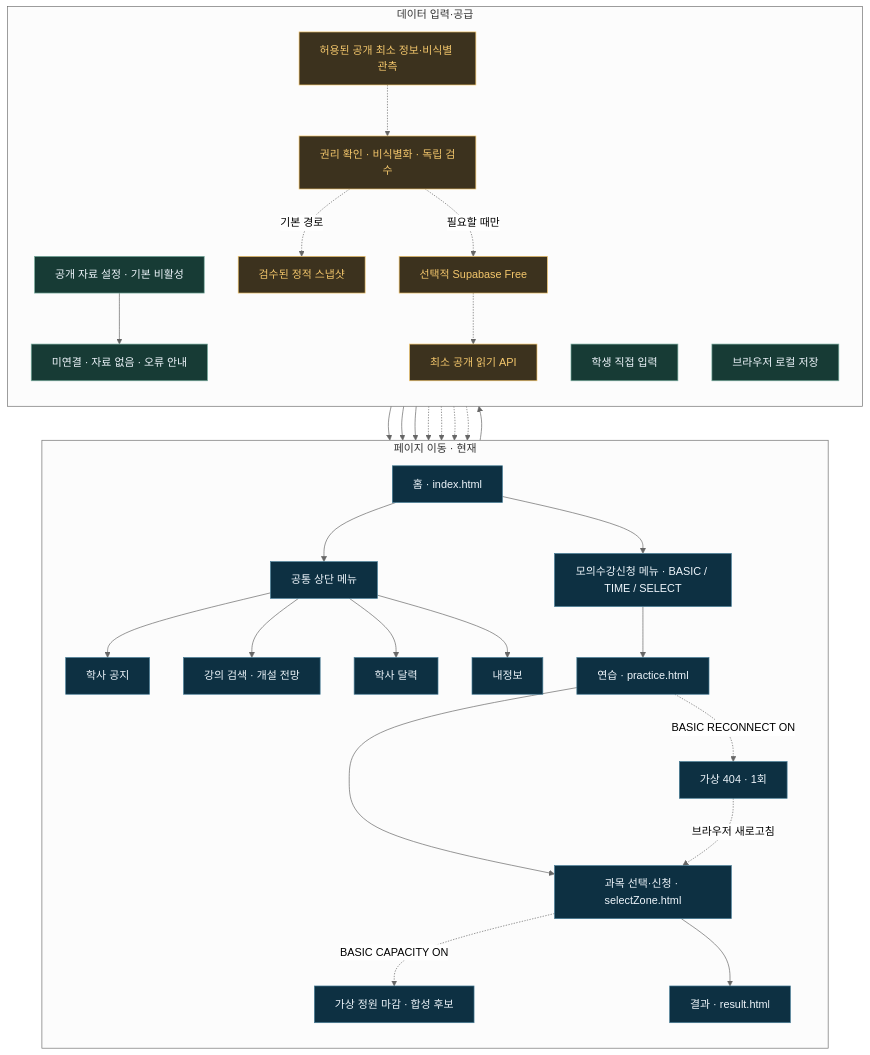
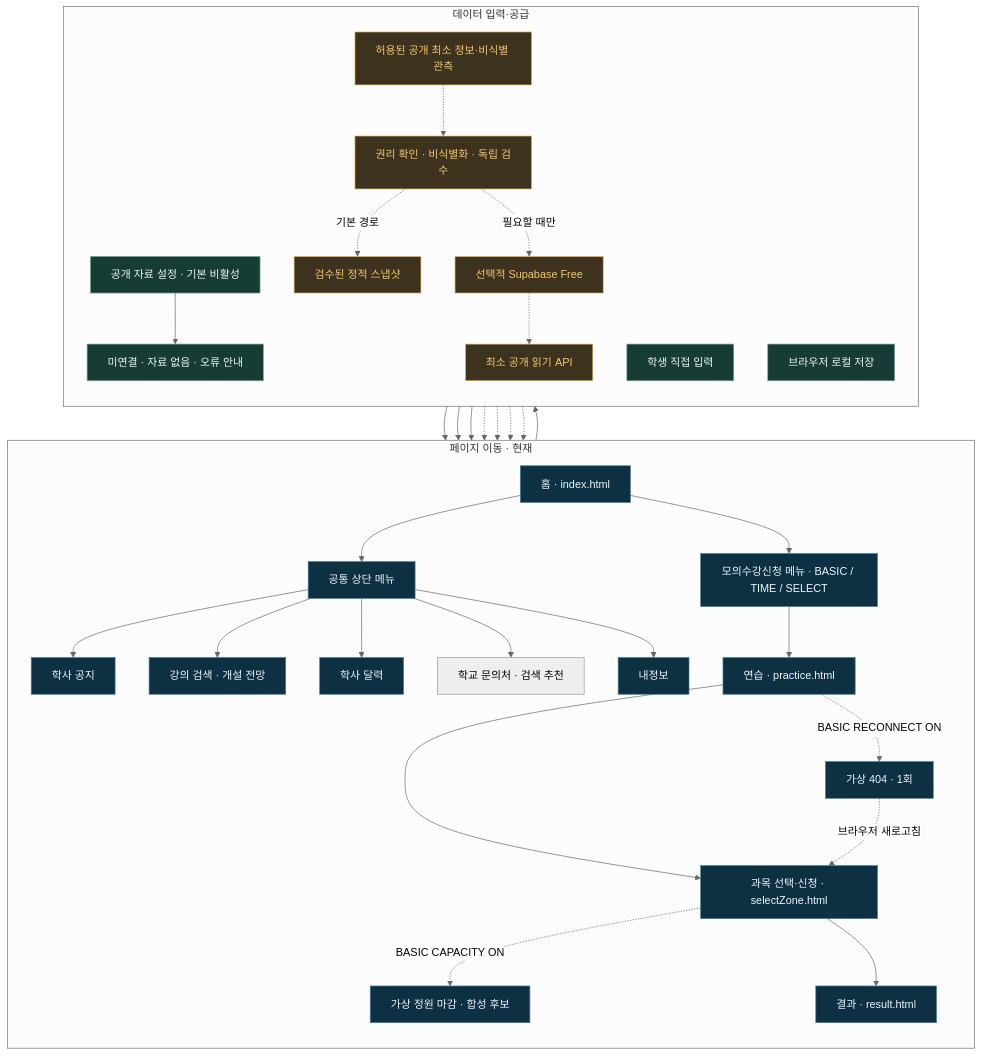
The second of 2 diagrams in README.md (chny0n/Hanmo), drawn with Mermaid (neutral theme) before and after one commit. The commit also changed other lines of this file and 29 other files, not shown here.

````diff
--- a/README.md
+++ b/README.md
@@ -121,42 +122,43 @@
 ```mermaid
 flowchart TB
     subgraph P["페이지 이동 · 현재"]
         direction TB
         H["홈 · index.html"] --> NAV["공통 상단 메뉴"]
         NAV --> N["학사 공지"]
         NAV --> C["강의 검색 · 개설 전망"]
         NAV --> CAL["학사 달력"]
+        NAV --> SUP["학교 문의처 · 검색 추천"]
         NAV --> I["내정보"]
         H --> M["모의수강신청 메뉴 · BASIC / TIME / SELECT"]
         M --> PR["연습 · practice.html"]
         PR --> SZ["과목 선택·신청 · selectZone.html"]
         PR -. "BASIC RECONNECT ON" .-> ERR["가상 404 · 1회"]
         ERR -. "브라우저 새로고침" .-> SZ
         SZ -. "BASIC CAPACITY ON" .-> CAP["가상 정원 마감 · 합성 후보"]
         SZ --> R["결과 · result.html"]
     end
 
     subgraph D["데이터 입력·공급"]
         direction TB
         J["공개 자료 설정 · 기본 비활성"] --> E["미연결 · 자료 없음 · 오류 안내"]
         E --> N
         E --> C
         U["학생 직접 입력"] --> I
         I --> LS["브라우저 로컬 저장"]
         S["허용된 공개 최소 정보·비식별 관측"] -.-> V["권리 확인 · 비식별화 · 독립 검수"]
         V -. "기본 경로" .-> SNAP["검수된 정적 스냅샷"]
         V -. "필요할 때만" .-> DB["선택적 Supabase Free"]
         SNAP -.-> N
         SNAP -.-> C
         DB -.-> API["최소 공개 읽기 API"]
         API -.-> N
         API -.-> C
     end
 
     classDef page fill:#0d3042,stroke:#467c96,color:#eff6fc
     classDef data fill:#173b35,stroke:#78ad9e,color:#eff6fc
     classDef planned fill:#3c321e,stroke:#f4c76c,color:#f4c76c
     class H,NAV,N,C,CAL,I,M,PR,SZ,R,ERR,CAP page
     class J,E,U,LS data
     class S,V,SNAP,DB,API planned
 ```
````
